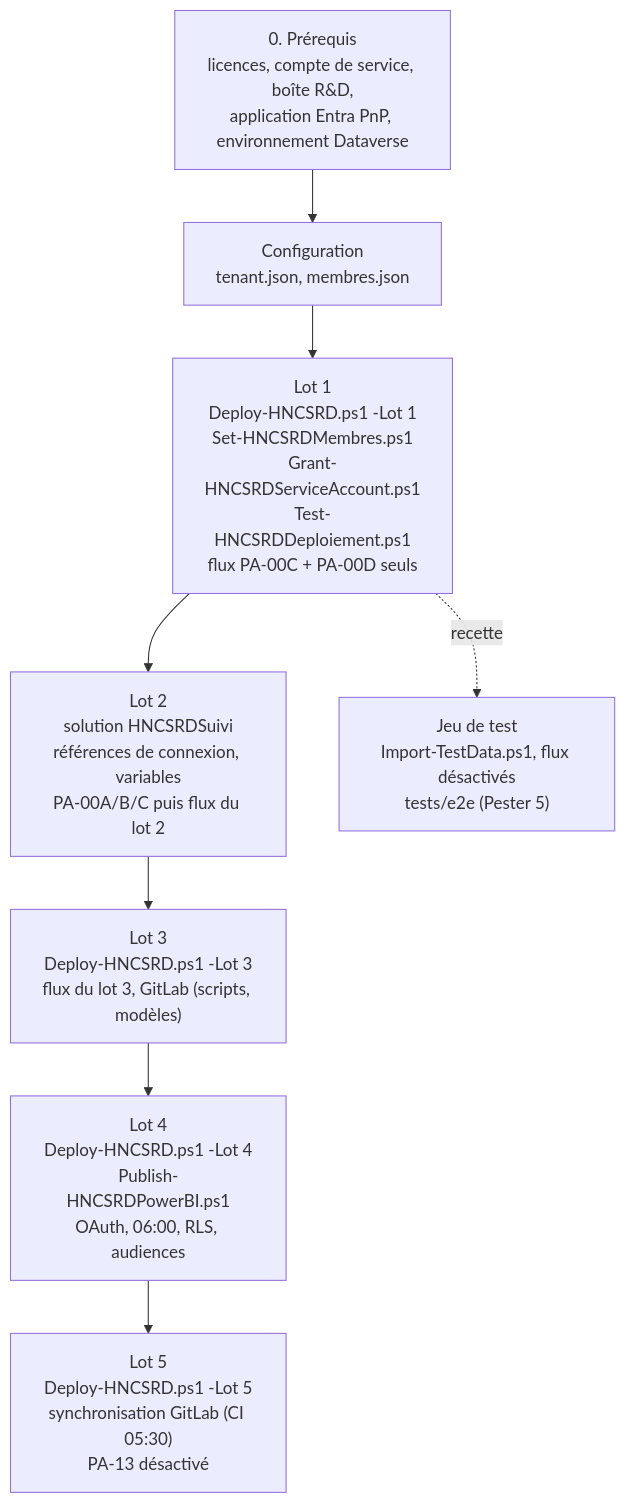
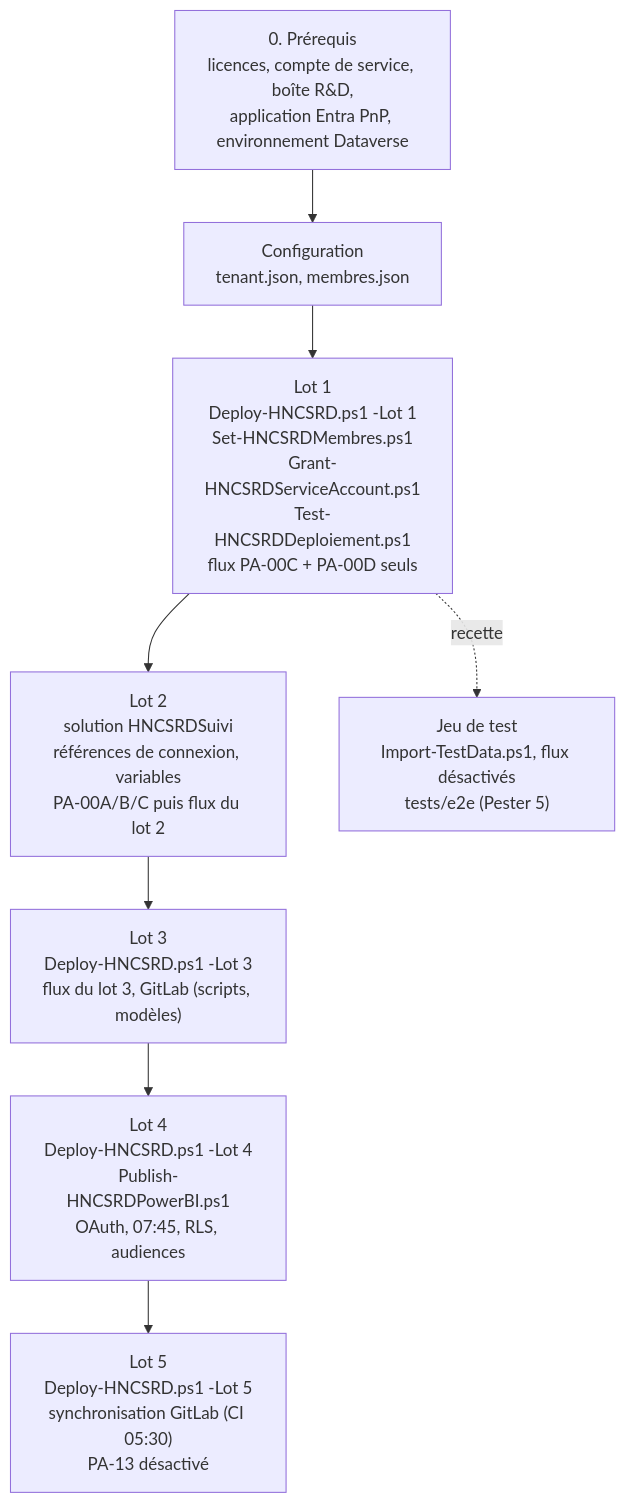
The diagram in docs/installation.md (wbatchayon/HNCS-RD), drawn with Mermaid before and after one commit. The commit also changed other lines of this file and 6 other files, not shown here.

````diff
--- a/docs/installation.md
+++ b/docs/installation.md
@@ -38,10 +38,10 @@
 ```mermaid
 flowchart TD
   P["0. Prérequis<br/>licences, compte de service, boîte R&D,<br/>application Entra PnP, environnement Dataverse"] --> C["Configuration<br/>tenant.json, membres.json"]
   C --> L1["Lot 1<br/>Deploy-HNCSRD.ps1 -Lot 1<br/>Set-HNCSRDMembres.ps1<br/>Grant-HNCSRDServiceAccount.ps1<br/>Test-HNCSRDDeploiement.ps1<br/>flux PA-00C + PA-00D seuls"]
   L1 --> L2["Lot 2<br/>solution HNCSRDSuivi<br/>références de connexion, variables<br/>PA-00A/B/C puis flux du lot 2"]
   L2 --> L3["Lot 3<br/>Deploy-HNCSRD.ps1 -Lot 3<br/>flux du lot 3, GitLab (scripts, modèles)"]
-  L3 --> L4["Lot 4<br/>Deploy-HNCSRD.ps1 -Lot 4<br/>Publish-HNCSRDPowerBI.ps1<br/>OAuth, 06:00, RLS, audiences"]
+  L3 --> L4["Lot 4<br/>Deploy-HNCSRD.ps1 -Lot 4<br/>Publish-HNCSRDPowerBI.ps1<br/>OAuth, 07:45, RLS, audiences"]
   L4 --> L5["Lot 5<br/>Deploy-HNCSRD.ps1 -Lot 5<br/>synchronisation GitLab (CI 05:30)<br/>PA-13 désactivé"]
   L1 -. recette .-> T["Jeu de test<br/>Import-TestData.ps1, flux désactivés<br/>tests/e2e (Pester 5)"]
 ```
````
